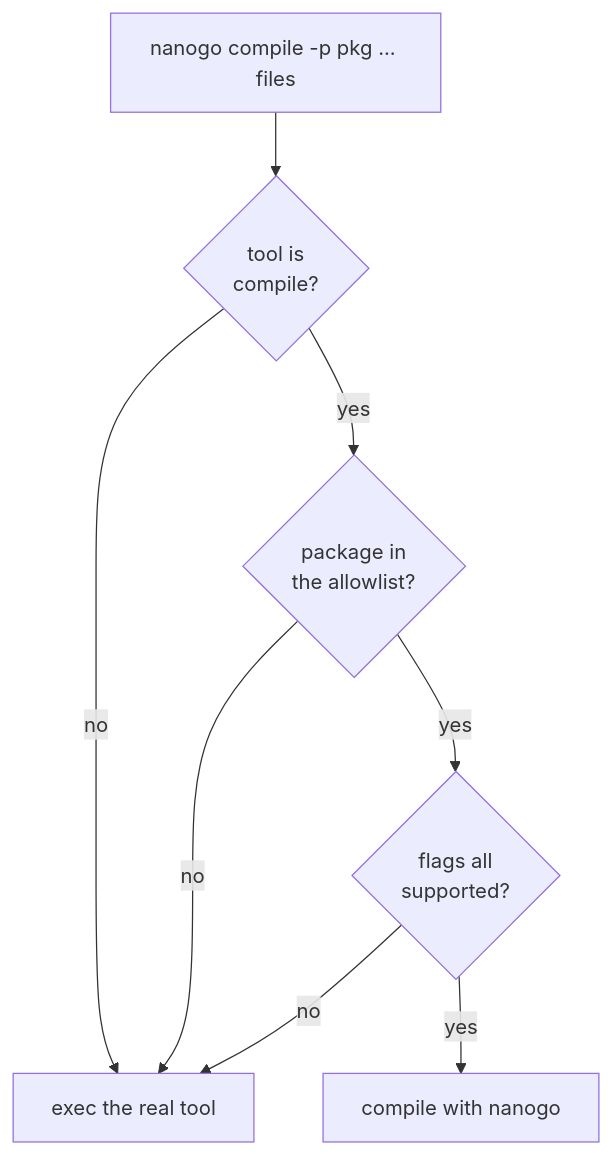
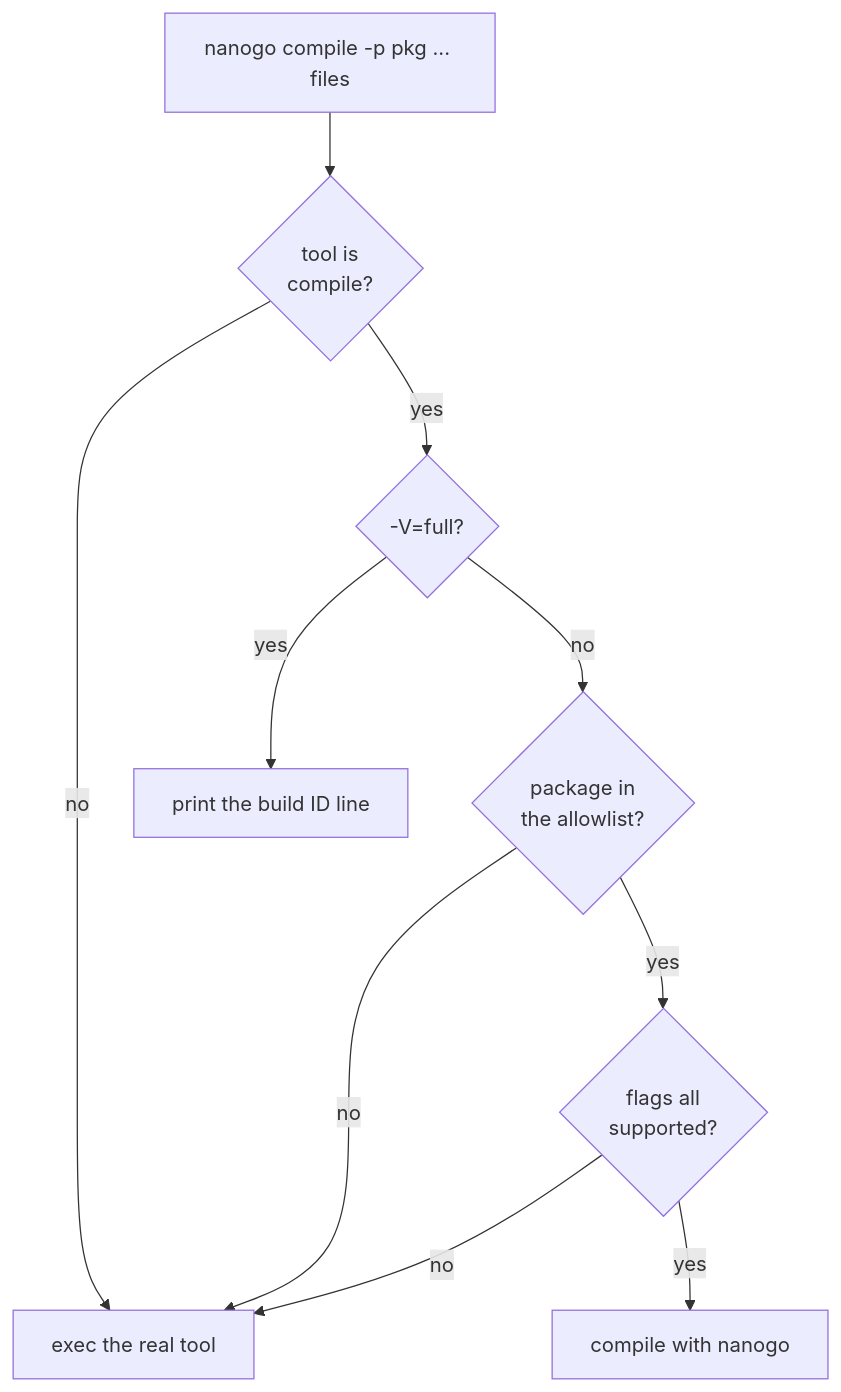
The diagram in specs/051-build-integration.md (golang-design/nanogo), drawn with Mermaid before and after one commit. The commit also changed other lines of this file and 43 other files, not shown here.

````diff
--- a/specs/051-build-integration.md
+++ b/specs/051-build-integration.md
@@ -36,17 +58,21 @@
 ```mermaid
 flowchart TD
   inv["nanogo compile -p pkg ... files"]
   q1{"tool is<br/>compile?"}
+  q0{"-V=full?"}
+  ver["print the build ID line"]
   q2{"package in<br/>the allowlist?"}
   q3{"flags all<br/>supported?"}
   own["compile with nanogo"]
   fall["exec the real tool"]
 
   inv --> q1
   q1 -->|no| fall
-  q1 -->|yes| q2
+  q1 -->|yes| q0
+  q0 -->|yes| ver
+  q0 -->|no| q2
   q2 -->|no| fall
   q2 -->|yes| q3
   q3 -->|no| fall
   q3 -->|yes| own
 ```
````
